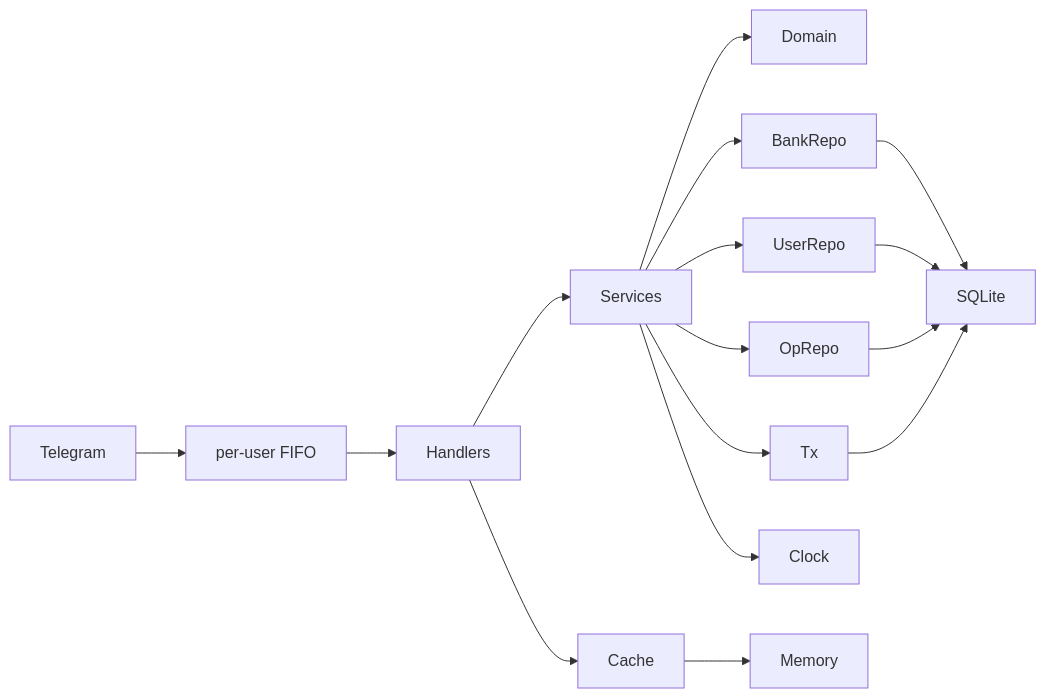
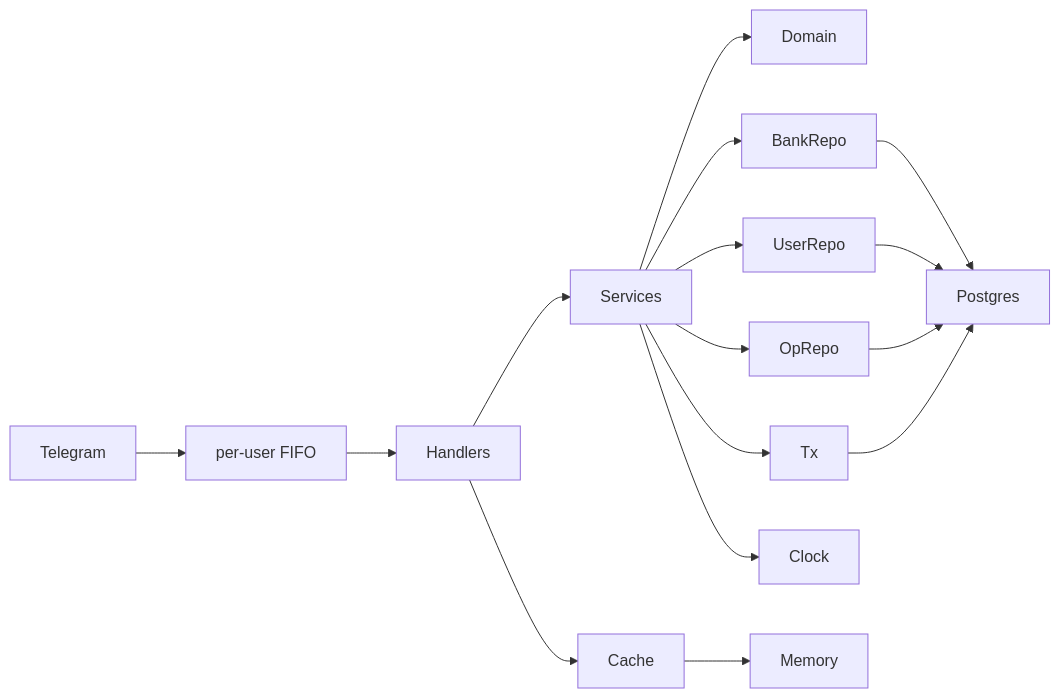
The diagram in docs/sdd/areas/service.md (undochlorine/finbot), drawn with Mermaid before and after one commit. The commit also changed other lines of this file and 32 other files, not shown here.

````diff
--- a/docs/sdd/areas/service.md
+++ b/docs/sdd/areas/service.md
@@ -25,18 +24,18 @@
 ```mermaid
 flowchart LR
   TG[Telegram] --> Pending[per-user FIFO]
   Pending --> Handlers
   Handlers --> Services
   Services --> Domain
   Services --> BankRepo
   Services --> UserRepo
   Services --> OpRepo
   Services --> Tx
   Services --> Clock
-  BankRepo --> SQLite
-  UserRepo --> SQLite
-  OpRepo --> SQLite
-  Tx --> SQLite
+  BankRepo --> Postgres
+  UserRepo --> Postgres
+  OpRepo --> Postgres
+  Tx --> Postgres
   Handlers --> Cache
   Cache --> Memory
 ```
````
